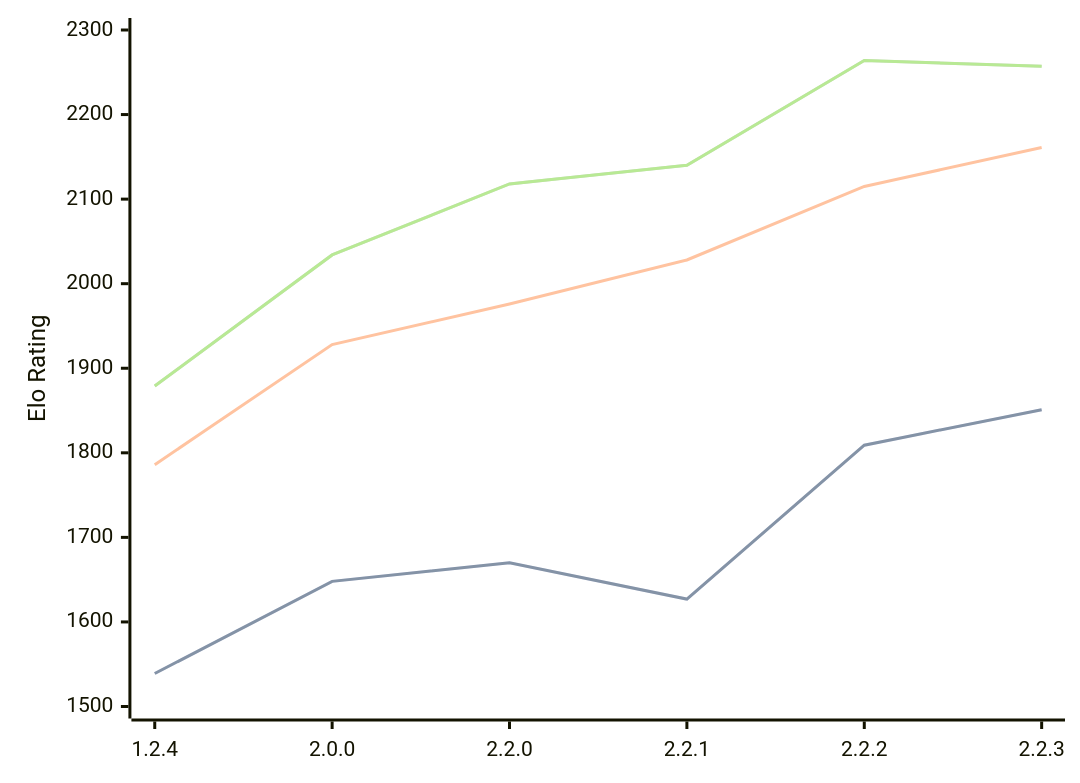
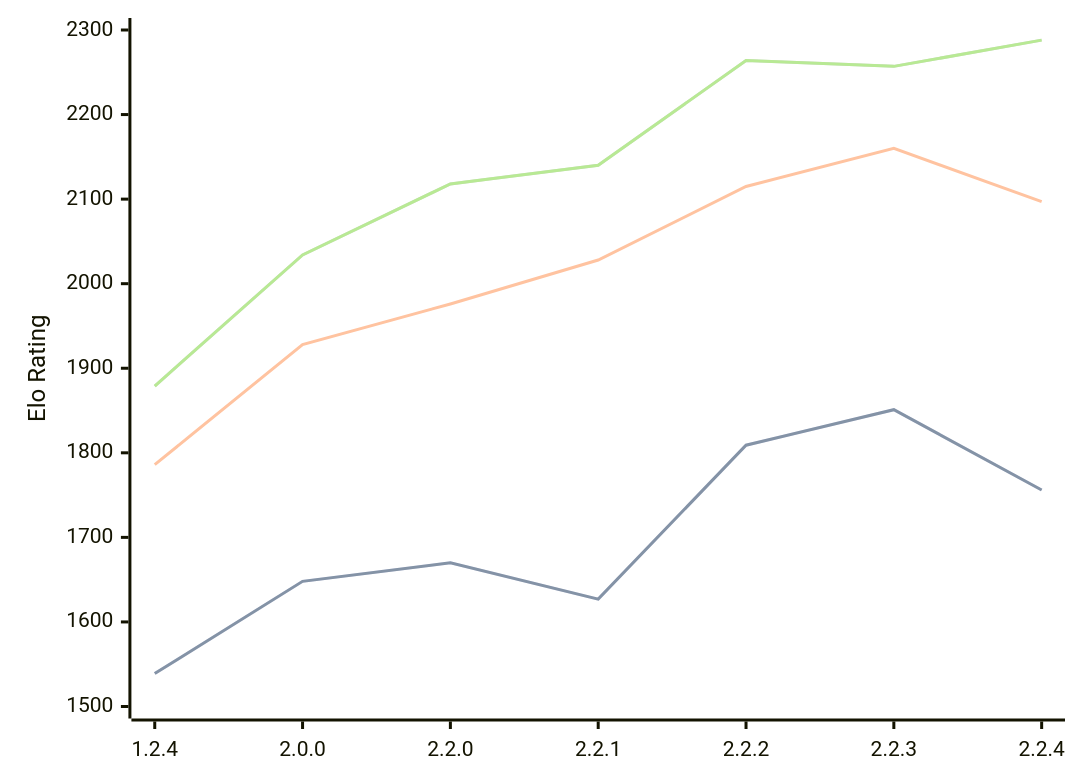
Before and after one commit to computer-chess-index/cci: the diagram in engines/Kreveta.md, drawn with Mermaid. The commit also changed other lines of this file, not shown here.

Commit message:
Update CCI Ratings (ELO VLTC) - 2026-03-05

````diff
--- a/engines/Kreveta.md
+++ b/engines/Kreveta.md
@@ -37,11 +38,11 @@
 ```mermaid
 %%{init: {"theme":"base","themeVariables":{"seriesColors:['#a3a3a3','#222221','#faa371']}}}%%
 xychart-beta
-  x-axis ["1.2.4", "2.0.0", "2.2.0", "2.2.1", "2.2.2", "2.2.3"]
+  x-axis ["1.2.4", "2.0.0", "2.2.0", "2.2.1", "2.2.2", "2.2.3", "2.2.4"]
   y-axis "Elo Rating" 1500 --> 2300
-  line "STC (8.0+0.08s)" [1539, 1648, 1670, 1627, 1809, 1851]
-  line "STC (8.0+0.08s)" [1539, 1648, 1670, 1627, 1809, 1851]
-  line "LTC (60.0+0.60s)" [1786, 1928, 1976, 2028, 2115, 2161]
-  line "VLTC (2m24s+1.12s)" [1879, 2034, 2118, 2140, 2264, 2257]
-  line "VLTC (2m24s+1.12s)" [1879, 2034, 2118, 2140, 2264, 2257]
+  line "STC (8.0+0.08s)" [1539, 1648, 1670, 1627, 1809, 1851, 1756]
+  line "STC (8.0+0.08s)" [1539, 1648, 1670, 1627, 1809, 1851, 1756]
+  line "LTC (60.0+0.60s)" [1786, 1928, 1976, 2028, 2115, 2160, 2097]
+  line "VLTC (2m24s+1.12s)" [1879, 2034, 2118, 2140, 2264, 2257, 2288]
+  line "VLTC (2m24s+1.12s)" [1879, 2034, 2118, 2140, 2264, 2257, 2288]
 ```
````
